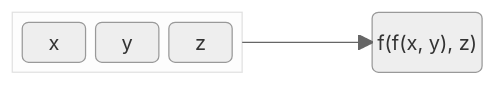
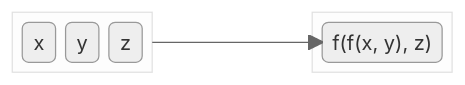
The seventh of 11 diagrams in apps/blog/pages/docs/js/array.mdx (wdyjwdy/blog-mono), drawn with Mermaid (neutral theme) before and after one commit. The commit also changed other lines of this file, not shown here.

````diff
--- a/apps/blog/pages/docs/js/array.mdx
+++ b/apps/blog/pages/docs/js/array.mdx
@@ -221,11 +294,14 @@
 ```mermaid
 block-beta
-  columns 5
+  columns 6
   block:b1:2
    x("x") y("y") z("z")
   end
-  space
-  a("f(f(x, y), z)")
+  space:2
+  block:b2:2
+   a("f(f(x, y), z)")
+  end
 b1 --> a
 class b1 Line
+class b2 Text
 ```
````
